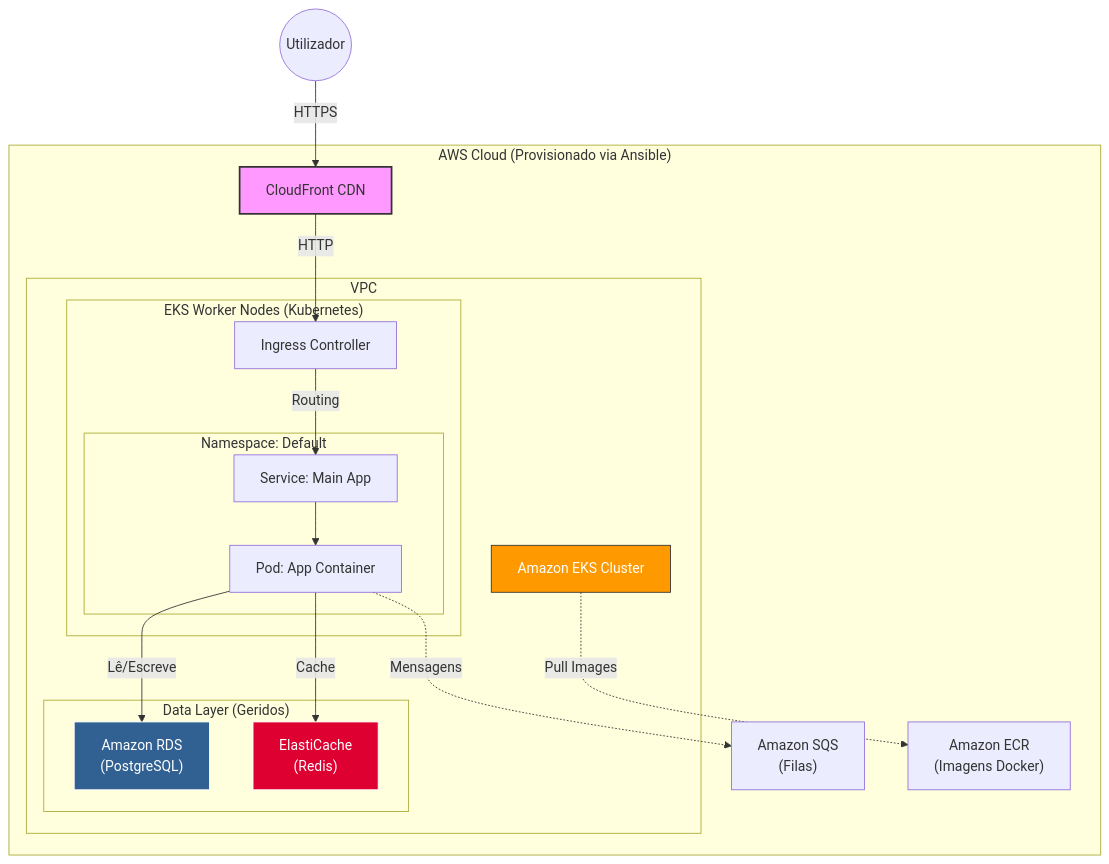
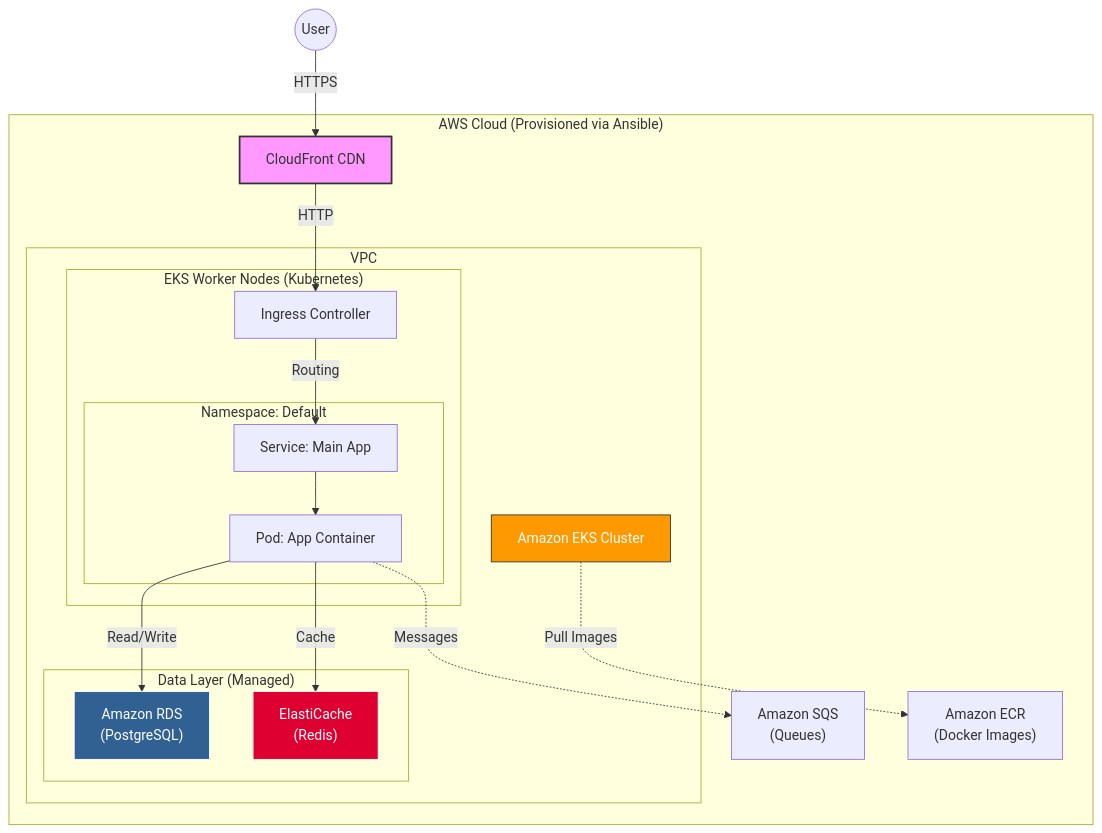
The diagram in InfrastructureDiagram.md (AndreCostaFr/Kubernetes-Challenge), drawn with Mermaid before and after one commit.

Commit message:
changing diagram

````diff
--- a/InfrastructureDiagram.md
+++ b/InfrastructureDiagram.md
@@ -5,48 +5,48 @@
 ```mermaid
 graph TD
-    user((Utilizador))
+    user((User))
     
-    subgraph "AWS Cloud (Provisionado via Ansible)"
+    subgraph "AWS Cloud (Provisioned via Ansible)"
         CF[CloudFront CDN]
-        ECR["Amazon ECR<br/>(Imagens Docker)"]
-        SQS["Amazon SQS<br/>(Filas)"]
+        ECR["Amazon ECR<br/>(Docker Images)"]
+        SQS["Amazon SQS<br/>(Queues)"]
         
         subgraph VPC
             EKS_Control[Amazon EKS Cluster]
             
-            subgraph "Data Layer (Geridos)"
+            subgraph "Data Layer (Managed)"
                 RDS["Amazon RDS<br/>(PostgreSQL)"]
                 Redis["ElastiCache<br/>(Redis)"]
             end
             
             subgraph "EKS Worker Nodes (Kubernetes)"
                 Ingress[Ingress Controller]
                 
                 subgraph "Namespace: Default"
                     SvcApp[Service: Main App]
                     PodApp[Pod: App Container]
                 end
             end
         end
     end
 
-    %% Fluxo de Tráfego
+    %% Traffic Flow
     user -->|HTTPS| CF
     CF -->|HTTP| Ingress
     Ingress -->|Routing| SvcApp
     SvcApp --> PodApp
     
-    %% Dependências da Aplicação
-    PodApp -->|Lê/Escreve| RDS
+    %% Application Dependencies
+    PodApp -->|Read/Write| RDS
     PodApp -->|Cache| Redis
-    PodApp -.->|Mensagens| SQS
+    PodApp -.->|Messages| SQS
     
     %% Deploy
     EKS_Control -.->|Pull Images| ECR
     
-    %% Estilos
+    %% Styles
     style CF fill:#f9f,stroke:#333,stroke-width:2px
     style RDS fill:#316192,stroke:#fff,color:#fff
     style Redis fill:#DD0031,stroke:#fff,color:#fff
     style EKS_Control fill:#FF9900,stroke:#333,color:#fff
 ```
````
